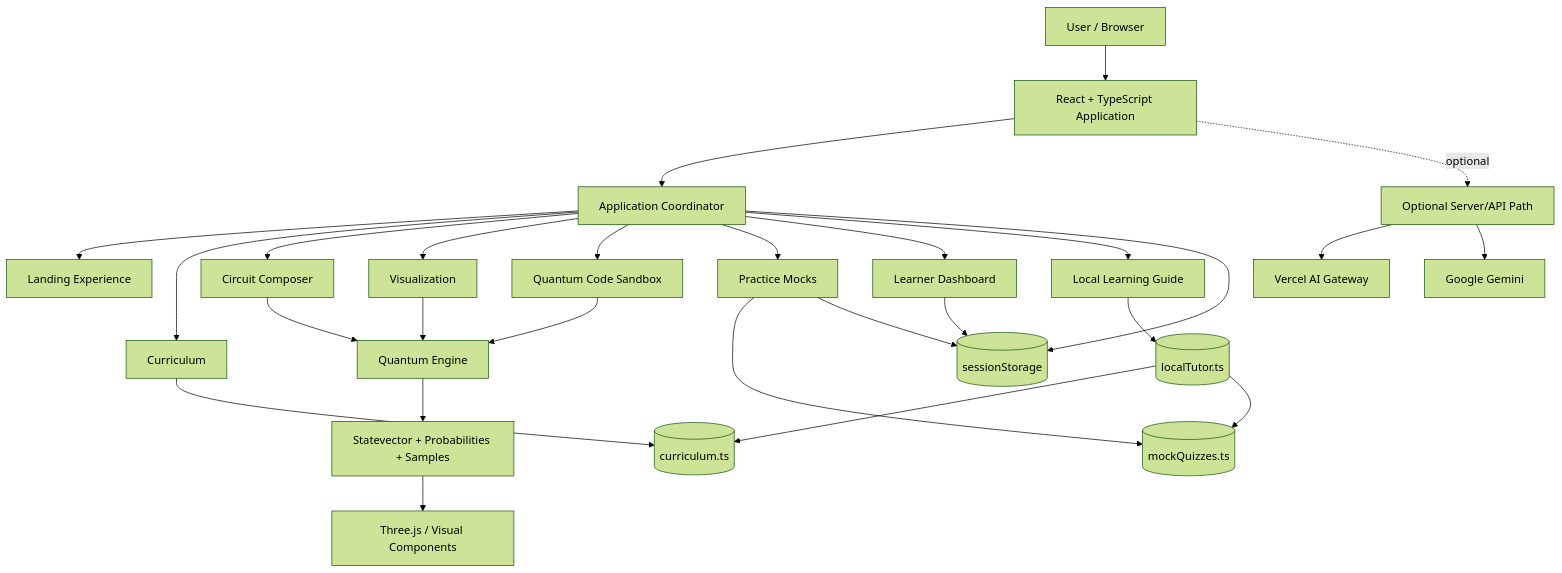
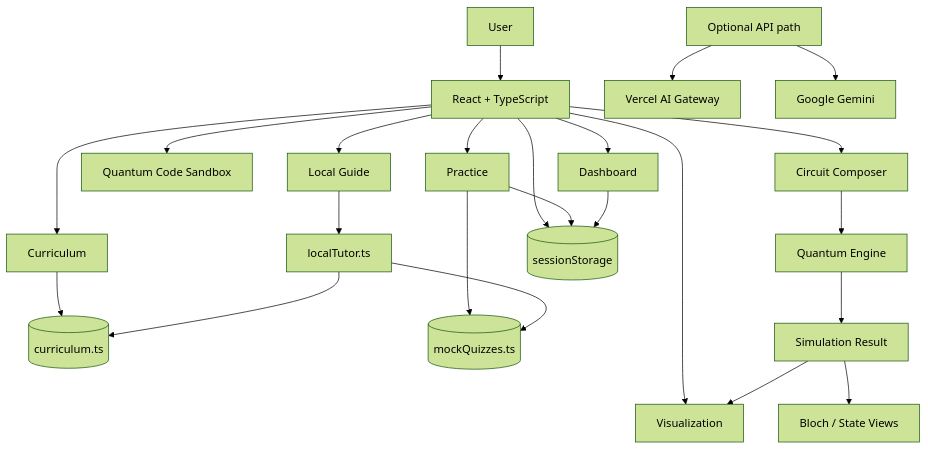
Before and after one commit to chamanvashishth/Qubit_Lab: the second of 5 diagrams in README.md, drawn with Mermaid (forest theme). The commit also changed other lines of this file, not shown here.

````diff
--- a/README.md
+++ b/README.md
@@ -176,38 +253,32 @@
 ```mermaid
 flowchart TB
-    USER[User / Browser]
-    USER --> APP[React + TypeScript Application]
+    USER[User] --> APP[React + TypeScript]
 
-    APP --> ROUTER[Application Coordinator]
+    APP --> CUR[Curriculum]
+    APP --> CIR[Circuit Composer]
+    APP --> VIS[Visualization]
+    APP --> SANDBOX[Quantum Code Sandbox]
+    APP --> QUIZ[Practice]
+    APP --> DASH[Dashboard]
+    APP --> GUIDE[Local Guide]
 
-    ROUTER --> LANDING[Landing Experience]
-    ROUTER --> CURRICULUM[Curriculum]
-    ROUTER --> CIRCUIT[Circuit Composer]
-    ROUTER --> VISUALS[Visualization]
-    ROUTER --> SANDBOX[Quantum Code Sandbox]
-    ROUTER --> QUIZ[Practice Mocks]
-    ROUTER --> DASHBOARD[Learner Dashboard]
-    ROUTER --> GUIDE[Local Learning Guide]
+    CUR --> CDATA[(curriculum.ts)]
+    QUIZ --> QDATA[(mockQuizzes.ts)]
 
-    CURRICULUM --> CURRICULUM_DATA[(curriculum.ts)]
-    QUIZ --> QUIZ_DATA[(mockQuizzes.ts)]
+    CIR --> ENGINE[Quantum Engine]
+    ENGINE --> RESULT[Simulation Result]
+    RESULT --> VIS
+    RESULT --> BLOCH[Bloch / State Views]
 
-    CIRCUIT --> ENGINE[Quantum Engine]
-    SANDBOX --> ENGINE
-    VISUALS --> ENGINE
-    ENGINE --> STATE[Statevector + Probabilities + Samples]
-    STATE --> THREE[Three.js / Visual Components]
+    GUIDE --> LOCAL[localTutor.ts]
+    LOCAL --> CDATA
+    LOCAL --> QDATA
 
-    ROUTER --> SESSION[(sessionStorage)]
+    APP --> SESSION[(sessionStorage)]
     QUIZ --> SESSION
-    DASHBOARD --> SESSION
+    DASH --> SESSION
 
-    GUIDE --> LOCAL[(localTutor.ts)]
-    LOCAL --> CURRICULUM_DATA
-    LOCAL --> QUIZ_DATA
-
-    OPTIONAL[Optional Server/API Path]
-    APP -. optional .-> OPTIONAL
+    OPTIONAL[Optional API path]
     OPTIONAL --> GATEWAY[Vercel AI Gateway]
     OPTIONAL --> GEMINI[Google Gemini]
 ```
````
